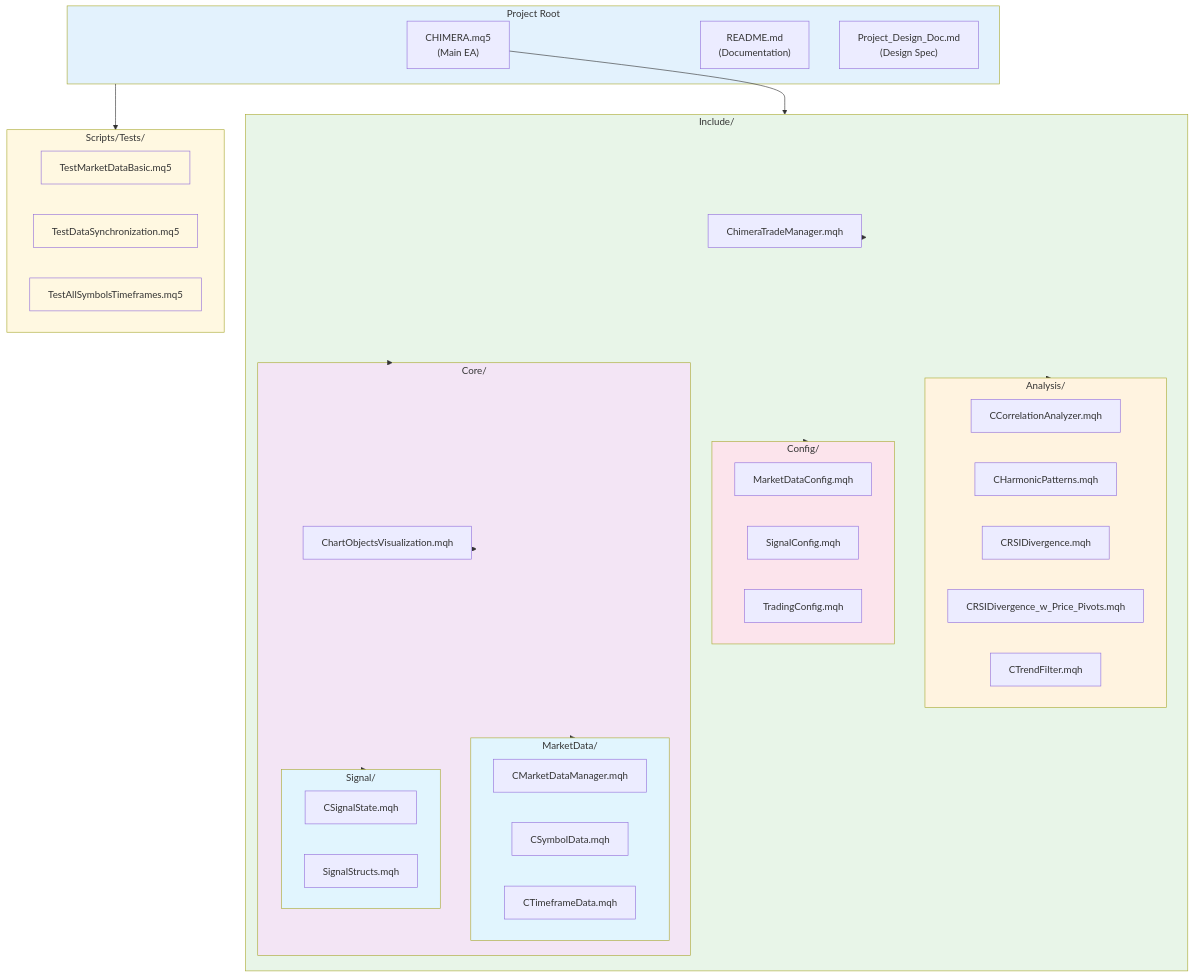
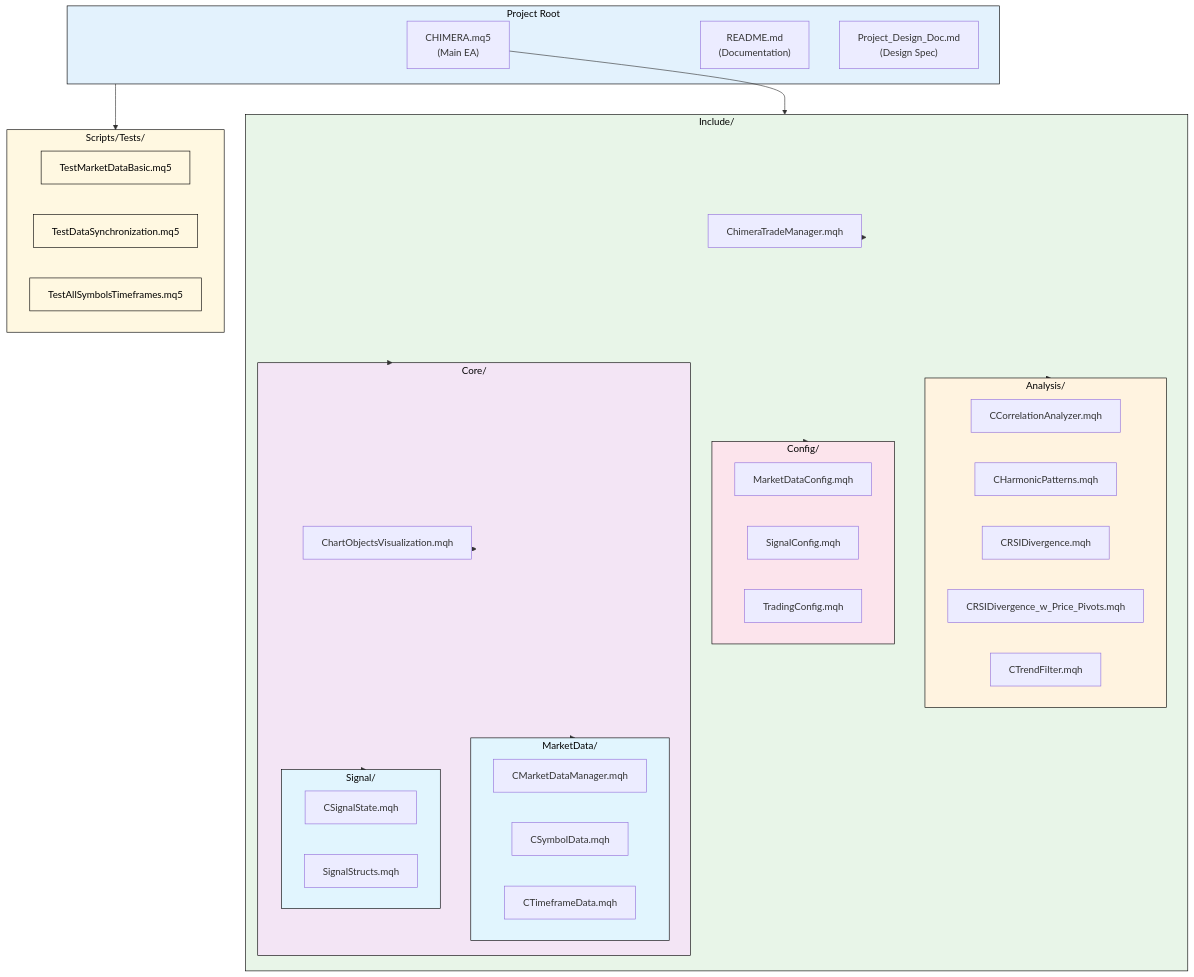
Before and after one commit to keyalgos/Project_Chimera: the eighth of 8 diagrams in README.md, drawn with Mermaid. The commit also changed other lines of this file, not shown here.

````diff
--- a/README.md
+++ b/README.md
@@ -1021,69 +1021,69 @@
 ```mermaid
 graph TD
     subgraph Root["Project Root"]
         CHIMERA["CHIMERA.mq5<br/>(Main EA)"]
         README["README.md<br/>(Documentation)"]
         DESIGN["Project_Design_Doc.md<br/>(Design Spec)"]
     end
     
     subgraph Include["Include/"]
         subgraph Analysis["Analysis/"]
             A1["CCorrelationAnalyzer.mqh"]
             A2["CHarmonicPatterns.mqh"]
             A3["CRSIDivergence.mqh"]
             A4["CRSIDivergence_w_Price_Pivots.mqh"]
             A5["CTrendFilter.mqh"]
         end
         
         subgraph Config["Config/"]
             C1["MarketDataConfig.mqh"]
             C2["SignalConfig.mqh"]
             C3["TradingConfig.mqh"]
         end
         
         subgraph Core["Core/"]
             subgraph MarketData["MarketData/"]
                 M1["CMarketDataManager.mqh"]
                 M2["CSymbolData.mqh"]
                 M3["CTimeframeData.mqh"]
             end
             
             subgraph Signal["Signal/"]
                 S1["CSignalState.mqh"]
                 S2["SignalStructs.mqh"]
             end
             
             V["ChartObjectsVisualization.mqh"]
         end
         
         T["ChimeraTradeManager.mqh"]
     end
     
     subgraph Scripts["Scripts/Tests/"]
         T1["TestMarketDataBasic.mq5"]
         T2["TestDataSynchronization.mq5"]
         T3["TestAllSymbolsTimeframes.mq5"]
     end
     
     CHIMERA --> Include
     Include --> Analysis
     Include --> Config
     Include --> Core
     Include --> T
     Core --> MarketData
     Core --> Signal
     Core --> V
     Root --> Scripts
     
-    style Root fill:#e3f2fd
-    style Include fill:#e8f5e8
-    style Analysis fill:#fff3e0
-    style Config fill:#fce4ec
-    style Core fill:#f3e5f5
-    style MarketData fill:#e1f5fe
-    style Signal fill:#e1f5fe
-    style Scripts fill:#fff8e1
-    style T1 fill:#fff8e1
-    style T2 fill:#fff8e1
-    style T3 fill:#fff8e1
+    style Root fill:#e3f2fd,stroke:#000,color:#000
+    style Include fill:#e8f5e8,stroke:#000,color:#000
+    style Analysis fill:#fff3e0,stroke:#000,color:#000
+    style Config fill:#fce4ec,stroke:#000,color:#000
+    style Core fill:#f3e5f5,stroke:#000,color:#000
+    style MarketData fill:#e1f5fe,stroke:#000,color:#000
+    style Signal fill:#e1f5fe,stroke:#000,color:#000
+    style Scripts fill:#fff8e1,stroke:#000,color:#000
+    style T1 fill:#fff8e1,stroke:#000,color:#000
+    style T2 fill:#fff8e1,stroke:#000,color:#000
+    style T3 fill:#fff8e1,stroke:#000,color:#000
 ```
````
